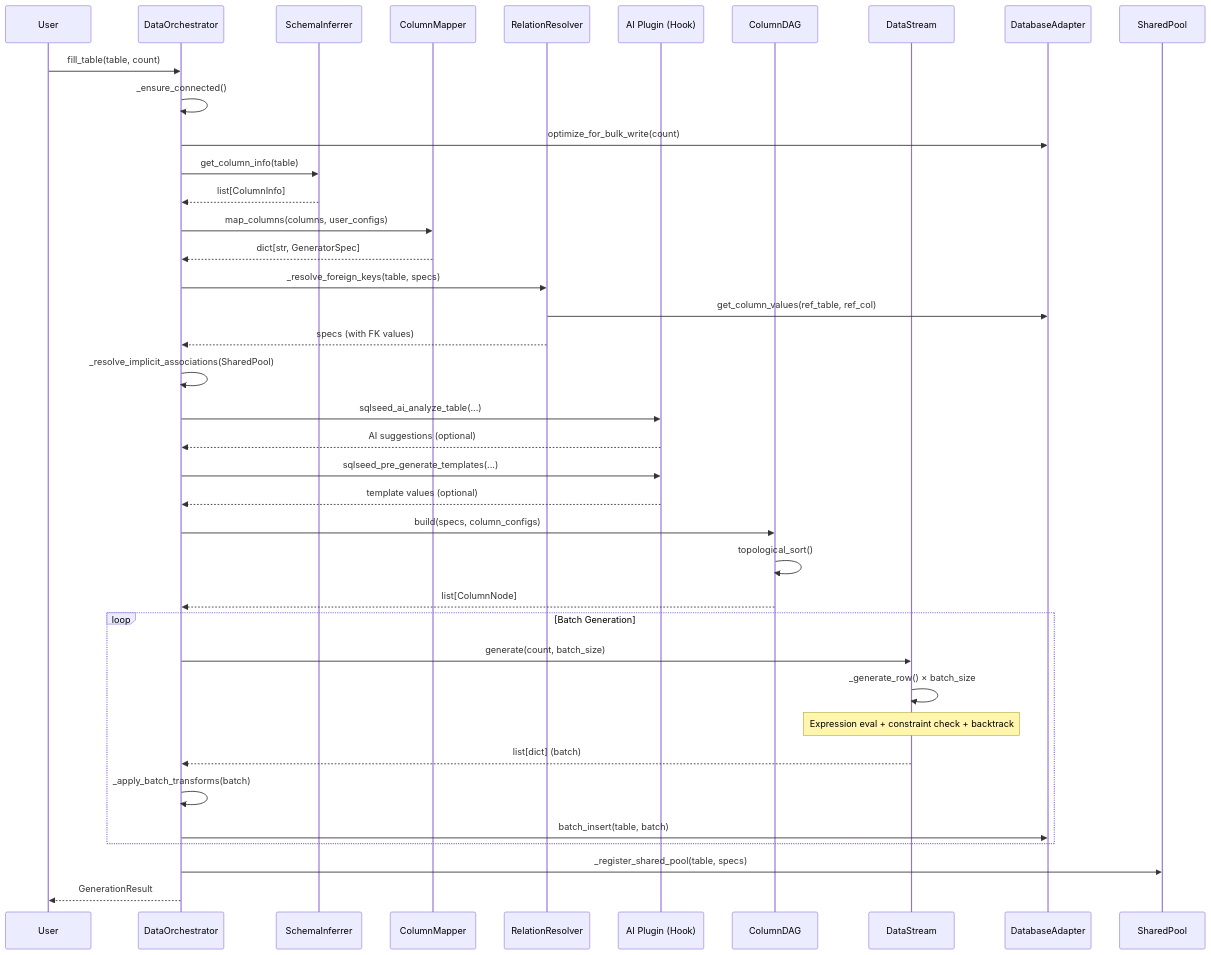
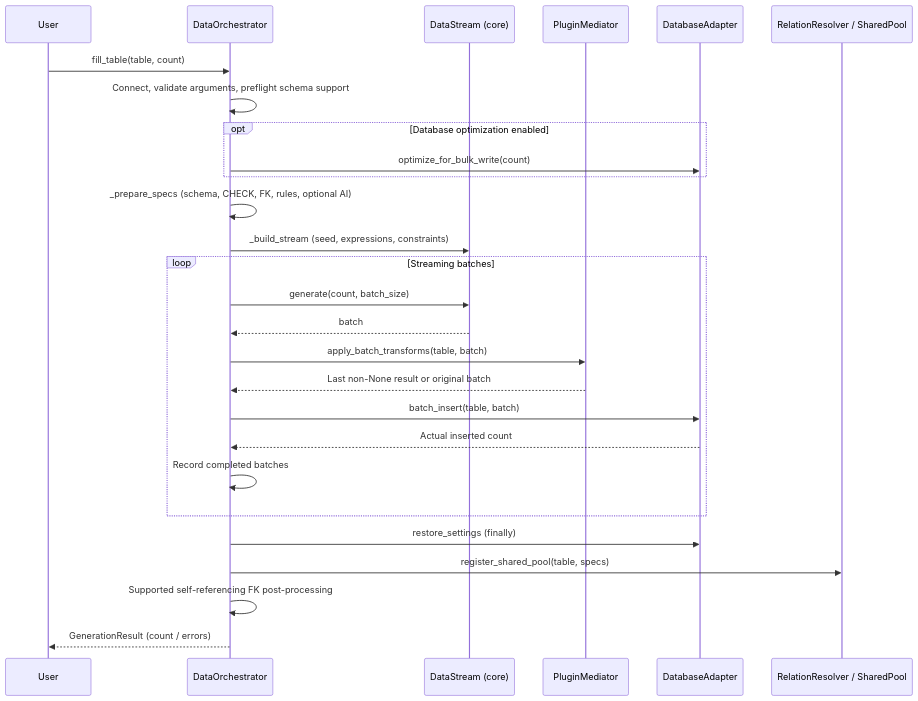
One commit to sunbos/sqlseed changed the second of 12 diagrams in docs/architecture.md. Above: the diagram before and after it, drawn with Mermaid. The commit also changed other lines of this file and 34 other files, not shown here.

````diff
--- a/docs/architecture.md
+++ b/docs/architecture.md
@@ -155,51 +167,30 @@
 ```mermaid
 sequenceDiagram
     participant U as User
     participant O as DataOrchestrator
-    participant S as SchemaInferrer
-    participant M as ColumnMapper
-    participant R as RelationResolver
-    participant AI as AI Plugin (Hook)
-    participant D as ColumnDAG
-    participant ST as DataStream
+    participant ST as DataStream (core)
+    participant PM as PluginMediator
     participant DB as DatabaseAdapter
-    participant P as SharedPool
+    participant P as RelationResolver / SharedPool
 
     U->>O: fill_table(table, count)
-    O->>O: _ensure_connected()
-    O->>DB: optimize_for_bulk_write(count)
-    O->>S: get_column_info(table)
-    S-->>O: list[ColumnInfo]
-
-    O->>M: map_columns(columns, user_configs)
-    M-->>O: dict[str, GeneratorSpec]
-
-    O->>R: _resolve_foreign_keys(table, specs)
-    R->>DB: get_column_values(ref_table, ref_col)
-    R-->>O: specs (with FK values)
-
-    O->>O: _resolve_implicit_associations(SharedPool)
-
-    O->>AI: sqlseed_ai_analyze_table(...)
-    AI-->>O: AI suggestions (optional)
-
-    O->>AI: sqlseed_pre_generate_templates(...)
-    AI-->>O: template values (optional)
-
-    O->>D: build(specs, column_configs)
-    D->>D: topological_sort()
-    D-->>O: list[ColumnNode]
-
-    loop Batch Generation
+    O->>O: Connect, validate arguments, preflight schema support
+    opt Database optimization enabled
+        O->>DB: optimize_for_bulk_write(count)
+    end
+    O->>O: _prepare_specs (schema, CHECK, FK, rules, optional AI)
+    O->>ST: _build_stream (seed, expressions, constraints)
+    loop Streaming batches
         O->>ST: generate(count, batch_size)
-        ST->>ST: _generate_row() × batch_size
-        Note over ST: Expression eval + constraint check + backtrack
-        ST-->>O: list[dict] (batch)
-
-        O->>O: _apply_batch_transforms(batch)
+        ST-->>O: batch
+        O->>PM: apply_batch_transforms(table, batch)
+        PM-->>O: Last non-None result or original batch
         O->>DB: batch_insert(table, batch)
+        DB-->>O: Actual inserted count
+        O->>O: Record completed batches
     end
-
-    O->>P: _register_shared_pool(table, specs)
-    O-->>U: GenerationResult
+    O->>DB: restore_settings (finally)
+    O->>P: register_shared_pool(table, specs)
+    O->>O: Supported self-referencing FK post-processing
+    O-->>U: GenerationResult (count / errors)
 ```
````
